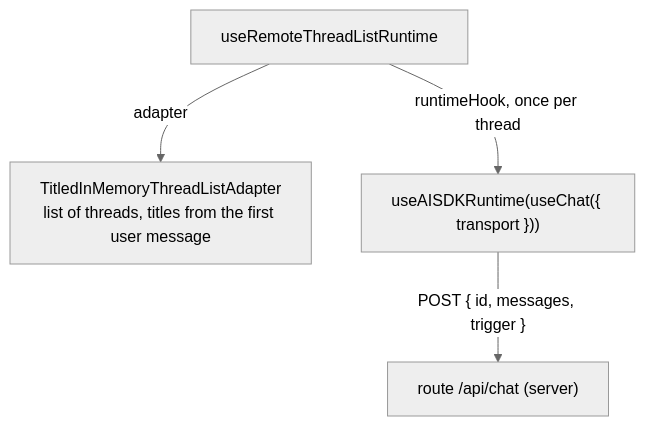
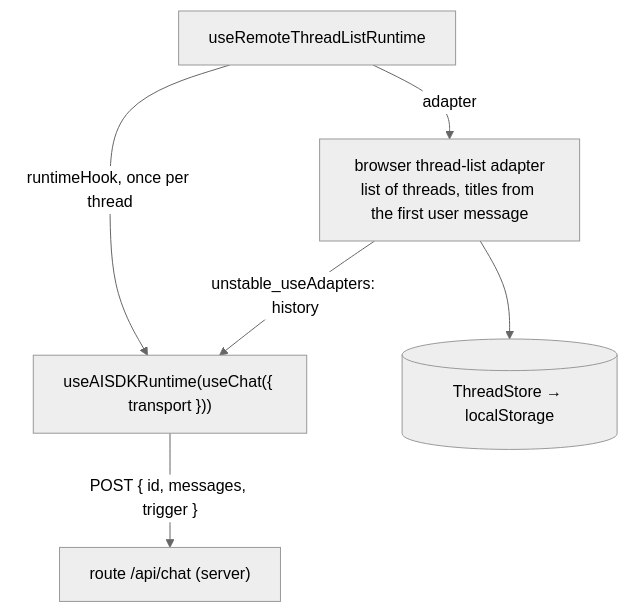
Before and after one commit to promptfolios/promptfolio: the diagram in docs/learning/chat-runtime-and-threads.md, drawn with Mermaid (neutral theme). The commit also changed other lines of this file and 4 other files, not shown here.

````diff
--- a/docs/learning/chat-runtime-and-threads.md
+++ b/docs/learning/chat-runtime-and-threads.md
@@ -24,6 +26,8 @@
 ```mermaid
 flowchart TD
-    list["useRemoteThreadListRuntime"] -- adapter --> adapter["TitledInMemoryThreadListAdapter<br/>list of threads, titles from the first user message"]
+    list["useRemoteThreadListRuntime"] -- adapter --> adapter["browser thread-list adapter<br/>list of threads, titles from the first user message"]
     list -- "runtimeHook, once per thread" --> thread["useAISDKRuntime(useChat({ transport }))"]
+    adapter -- "unstable_useAdapters: history" --> thread
+    adapter --> store[("ThreadStore → localStorage")]
     thread -- "POST { id, messages, trigger }" --> route["route /api/chat (server)"]
 ```
````
